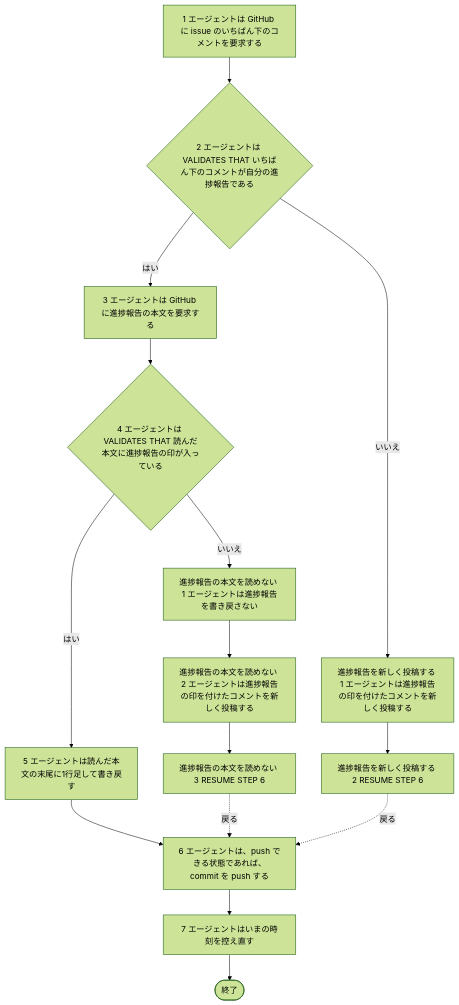
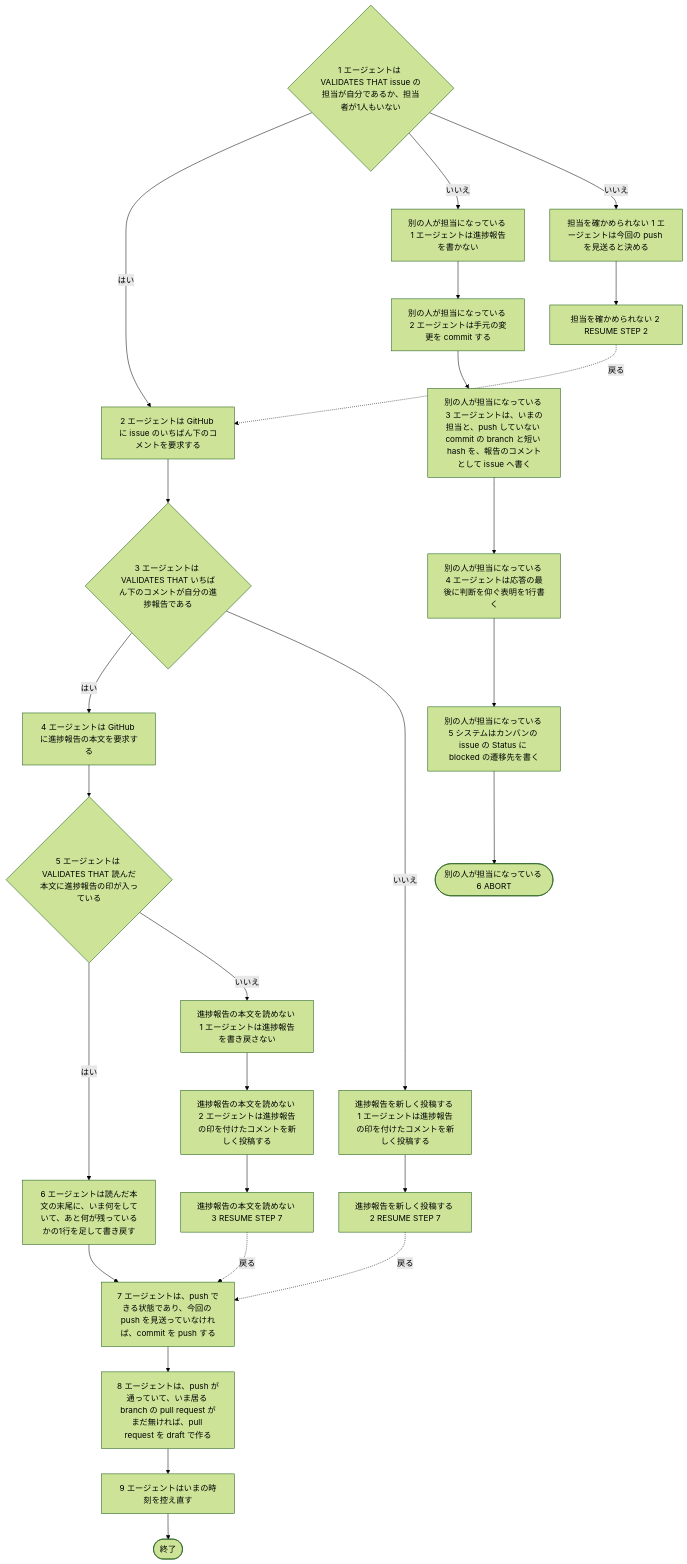
The second of 2 diagrams in docs/spec/usecases/particular_case/進捗報告を書く.rucm.md (maimuzo/continuo), drawn with Mermaid (forest theme) before and after one commit. The commit also changed other lines of this file and 14 other files, not shown here.

Commit message:
ユースケース記述を新しい指示書へ合わせる 担当の確認と衝突の扱いと draft の pull request を RUCM 4本へ写し 指示書の曖昧だった3文を言い切る

````diff
--- a/docs/spec/usecases/particular_case/進捗報告を書く.rucm.md
+++ b/docs/spec/usecases/particular_case/進捗報告を書く.rucm.md
@@ -89,29 +145,50 @@
 ```mermaid
 flowchart TD
-    BS1["1 エージェントは GitHub に issue のいちばん下のコメントを要求する"]
-    BS2{"2 エージェントは VALIDATES THAT いちばん下のコメントが自分の進捗報告である"}
-    BS3["3 エージェントは GitHub に進捗報告の本文を要求する"]
-    BS4{"4 エージェントは VALIDATES THAT 読んだ本文に進捗報告の印が入っている"}
-    BS5["5 エージェントは読んだ本文の末尾に1行足して書き戻す"]
-    BS6["6 エージェントは、push できる状態であれば、commit を push する"]
-    BS7["7 エージェントはいまの時刻を控え直す"]
-    A1S1["進捗報告を新しく投稿する 1 エージェントは進捗報告の印を付けたコメントを新しく投稿する"]
-    A1S2["進捗報告を新しく投稿する 2 RESUME STEP 6"]
-    A2S1["進捗報告の本文を読めない 1 エージェントは進捗報告を書き戻さない"]
-    A2S2["進捗報告の本文を読めない 2 エージェントは進捗報告の印を付けたコメントを新しく投稿する"]
-    A2S3["進捗報告の本文を読めない 3 RESUME STEP 6"]
-    BS1 --> BS2
-    BS2 -- はい --> BS3
-    BS2 -- いいえ --> A1S1
-    BS3 --> BS4
-    BS4 -- はい --> BS5
-    BS4 -- いいえ --> A2S1
-    BS5 --> BS6
+    BS1{"1 エージェントは VALIDATES THAT issue の担当が自分であるか、担当者が1人もいない"}
+    BS2["2 エージェントは GitHub に issue のいちばん下のコメントを要求する"]
+    BS3{"3 エージェントは VALIDATES THAT いちばん下のコメントが自分の進捗報告である"}
+    BS4["4 エージェントは GitHub に進捗報告の本文を要求する"]
+    BS5{"5 エージェントは VALIDATES THAT 読んだ本文に進捗報告の印が入っている"}
+    BS6["6 エージェントは読んだ本文の末尾に、いま何をしていて、あと何が残っているかの1行を足して書き戻す"]
+    BS7["7 エージェントは、push できる状態であり、今回の push を見送っていなければ、commit を push する"]
+    BS8["8 エージェントは、push が通っていて、いま居る branch の pull request がまだ無ければ、pull request を draft で作る"]
+    BS9["9 エージェントはいまの時刻を控え直す"]
+    A1S1["別の人が担当になっている 1 エージェントは進捗報告を書かない"]
+    A1S2["別の人が担当になっている 2 エージェントは手元の変更を commit する"]
+    A1S3["別の人が担当になっている 3 エージェントは、いまの担当と、push していない commit の branch と短い hash を、報告のコメントとして issue へ書く"]
+    A1S4["別の人が担当になっている 4 エージェントは応答の最後に判断を仰ぐ表明を1行書く"]
+    A1S5["別の人が担当になっている 5 システムはカンバンの issue の Status に blocked の遷移先を書く"]
+    A1S6(["別の人が担当になっている 6 ABORT"])
+    A2S1["担当を確かめられない 1 エージェントは今回の push を見送ると決める"]
+    A2S2["担当を確かめられない 2 RESUME STEP 2"]
+    A3S1["進捗報告を新しく投稿する 1 エージェントは進捗報告の印を付けたコメントを新しく投稿する"]
+    A3S2["進捗報告を新しく投稿する 2 RESUME STEP 7"]
+    A4S1["進捗報告の本文を読めない 1 エージェントは進捗報告を書き戻さない"]
+    A4S2["進捗報告の本文を読めない 2 エージェントは進捗報告の印を付けたコメントを新しく投稿する"]
+    A4S3["進捗報告の本文を読めない 3 RESUME STEP 7"]
+    BS1 -- はい --> BS2
+    BS1 -- いいえ --> A1S1
+    BS1 -- いいえ --> A2S1
+    BS2 --> BS3
+    BS3 -- はい --> BS4
+    BS3 -- いいえ --> A3S1
+    BS4 --> BS5
+    BS5 -- はい --> BS6
+    BS5 -- いいえ --> A4S1
     BS6 --> BS7
+    BS7 --> BS8
+    BS8 --> BS9
     A1S1 --> A1S2
-    A1S2 -. "戻る" .-> BS6
+    A1S2 --> A1S3
+    A1S3 --> A1S4
+    A1S4 --> A1S5
+    A1S5 --> A1S6
     A2S1 --> A2S2
-    A2S2 --> A2S3
-    A2S3 -. "戻る" .-> BS6
-    BS7 --> END(["終了"])
+    A2S2 -. "戻る" .-> BS2
+    A3S1 --> A3S2
+    A3S2 -. "戻る" .-> BS7
+    A4S1 --> A4S2
+    A4S2 --> A4S3
+    A4S3 -. "戻る" .-> BS7
+    BS9 --> END(["終了"])
 ```
````
